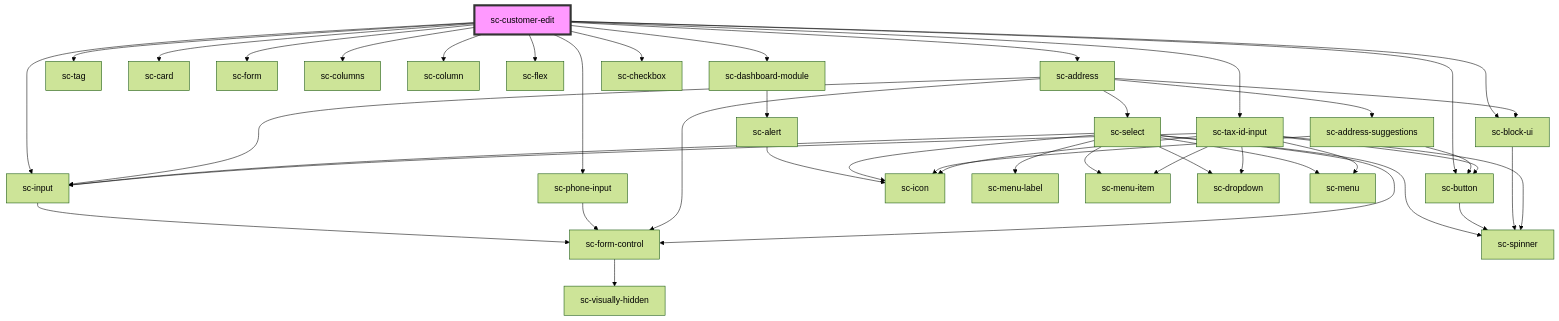
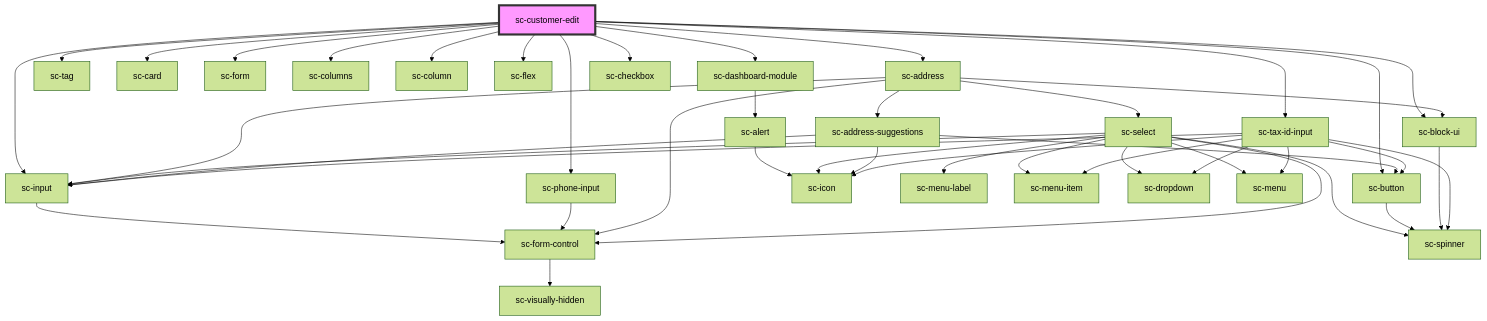
One commit to surecart/surecart-wp-plugin changed the diagram in packages/components/src/components/controllers/dashboard/customer-edit/readme.md. Above: the diagram before and after it, drawn with Mermaid (forest theme). The commit also changed 9 other files, not shown here.

````diff
--- a/packages/components/src/components/controllers/dashboard/customer-edit/readme.md
+++ b/packages/components/src/components/controllers/dashboard/customer-edit/readme.md
@@ -37,47 +37,48 @@
 ```mermaid
 graph TD;
   sc-customer-edit --> sc-dashboard-module
   sc-customer-edit --> sc-tag
   sc-customer-edit --> sc-card
   sc-customer-edit --> sc-form
   sc-customer-edit --> sc-columns
   sc-customer-edit --> sc-column
   sc-customer-edit --> sc-input
   sc-customer-edit --> sc-phone-input
   sc-customer-edit --> sc-flex
   sc-customer-edit --> sc-address
   sc-customer-edit --> sc-checkbox
   sc-customer-edit --> sc-tax-id-input
   sc-customer-edit --> sc-button
   sc-customer-edit --> sc-block-ui
   sc-dashboard-module --> sc-alert
   sc-alert --> sc-icon
   sc-input --> sc-form-control
   sc-form-control --> sc-visually-hidden
   sc-phone-input --> sc-form-control
   sc-address --> sc-form-control
   sc-address --> sc-select
   sc-address --> sc-input
   sc-address --> sc-address-suggestions
   sc-address --> sc-block-ui
   sc-select --> sc-icon
   sc-select --> sc-menu-label
   sc-select --> sc-menu-item
   sc-select --> sc-form-control
   sc-select --> sc-dropdown
   sc-select --> sc-input
   sc-select --> sc-spinner
   sc-select --> sc-menu
   sc-address-suggestions --> sc-button
   sc-address-suggestions --> sc-icon
+  sc-address-suggestions --> sc-input
   sc-button --> sc-spinner
   sc-block-ui --> sc-spinner
   sc-tax-id-input --> sc-icon
   sc-tax-id-input --> sc-input
   sc-tax-id-input --> sc-spinner
   sc-tax-id-input --> sc-dropdown
   sc-tax-id-input --> sc-button
   sc-tax-id-input --> sc-menu
   sc-tax-id-input --> sc-menu-item
   style sc-customer-edit fill:#f9f,stroke:#333,stroke-width:4px
 ```
````
